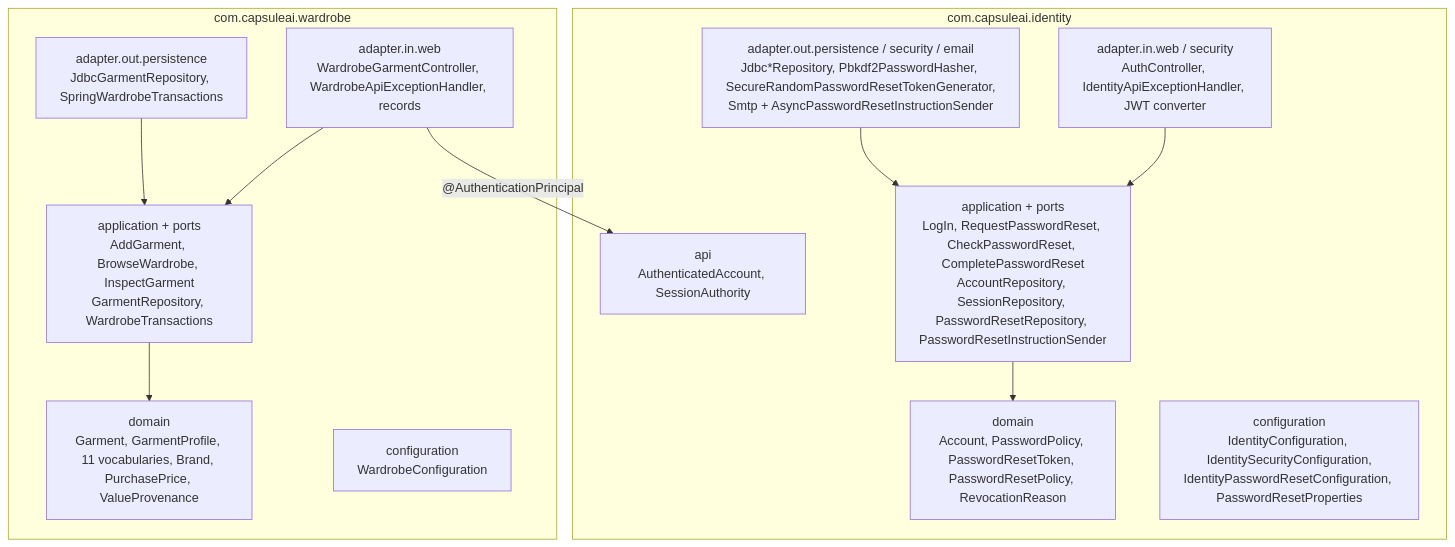
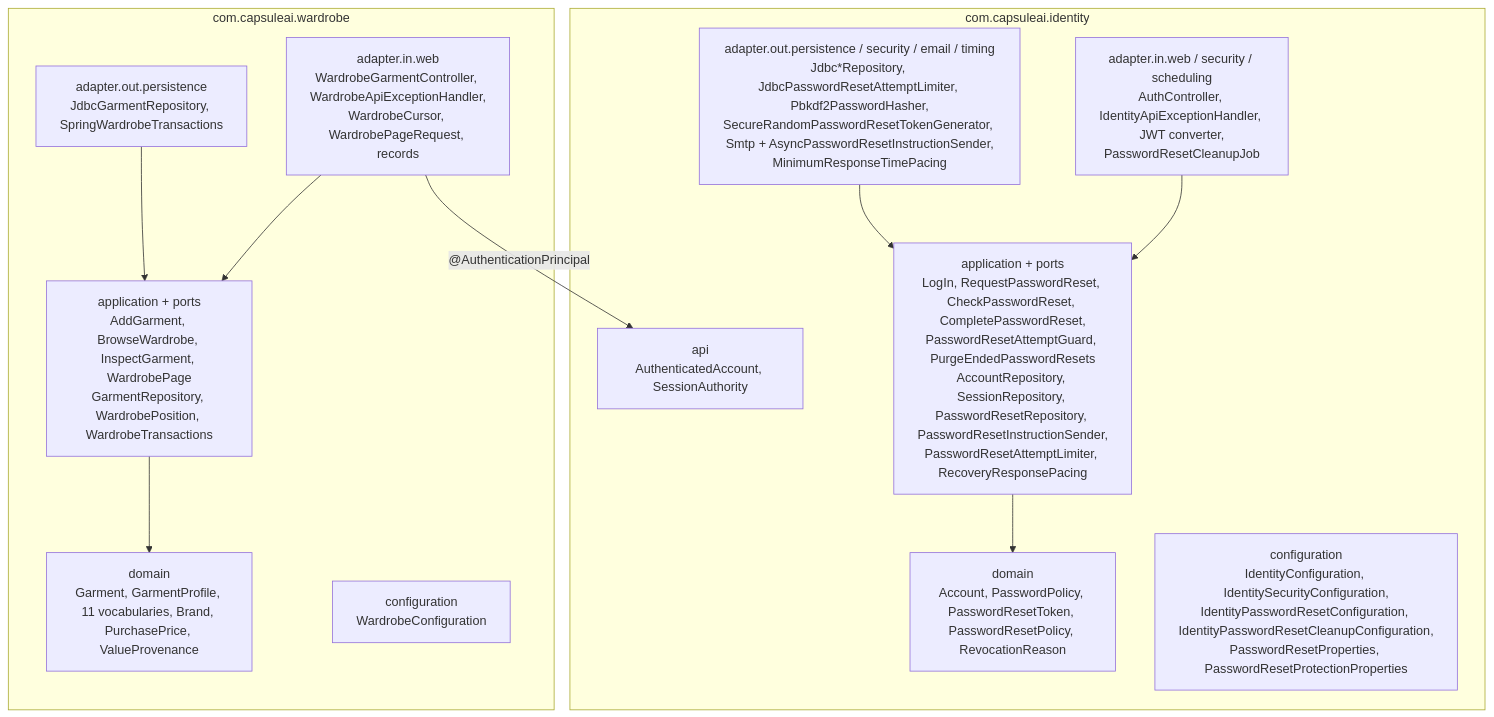
Before and after one commit to luubinhdeptrai/CapsuleAI: the second of 6 diagrams in docs/06-scrum/sprints/sprint-02/implementation-guides/shared-architecture.md, drawn with Mermaid. The commit also changed other lines of this file and 21 other files, not shown here.

````diff
--- a/docs/06-scrum/sprints/sprint-02/implementation-guides/shared-architecture.md
+++ b/docs/06-scrum/sprints/sprint-02/implementation-guides/shared-architecture.md
@@ -80,23 +80,23 @@
 ```mermaid
 flowchart TB
     subgraph identity [com.capsuleai.identity]
         iapi[api<br/>AuthenticatedAccount, SessionAuthority]
         idom[domain<br/>Account, PasswordPolicy, PasswordResetToken, PasswordResetPolicy, RevocationReason]
-        iapp[application + ports<br/>LogIn, RequestPasswordReset, CheckPasswordReset, CompletePasswordReset<br/>AccountRepository, SessionRepository, PasswordResetRepository, PasswordResetInstructionSender]
-        iin[adapter.in.web / security<br/>AuthController, IdentityApiExceptionHandler, JWT converter]
-        iout[adapter.out.persistence / security / email<br/>Jdbc*Repository, Pbkdf2PasswordHasher, SecureRandomPasswordResetTokenGenerator,<br/>Smtp + AsyncPasswordResetInstructionSender]
-        icfg[configuration<br/>IdentityConfiguration, IdentitySecurityConfiguration,<br/>IdentityPasswordResetConfiguration, PasswordResetProperties]
+        iapp[application + ports<br/>LogIn, RequestPasswordReset, CheckPasswordReset, CompletePasswordReset,<br/>PasswordResetAttemptGuard, PurgeEndedPasswordResets<br/>AccountRepository, SessionRepository, PasswordResetRepository, PasswordResetInstructionSender,<br/>PasswordResetAttemptLimiter, RecoveryResponsePacing]
+        iin[adapter.in.web / security / scheduling<br/>AuthController, IdentityApiExceptionHandler, JWT converter,<br/>PasswordResetCleanupJob]
+        iout[adapter.out.persistence / security / email / timing<br/>Jdbc*Repository, JdbcPasswordResetAttemptLimiter, Pbkdf2PasswordHasher,<br/>SecureRandomPasswordResetTokenGenerator, Smtp + AsyncPasswordResetInstructionSender,<br/>MinimumResponseTimePacing]
+        icfg[configuration<br/>IdentityConfiguration, IdentitySecurityConfiguration,<br/>IdentityPasswordResetConfiguration, IdentityPasswordResetCleanupConfiguration,<br/>PasswordResetProperties, PasswordResetProtectionProperties]
     end
     subgraph wardrobe [com.capsuleai.wardrobe]
         wdom[domain<br/>Garment, GarmentProfile, 11 vocabularies, Brand, PurchasePrice, ValueProvenance]
-        wapp[application + ports<br/>AddGarment, BrowseWardrobe, InspectGarment<br/>GarmentRepository, WardrobeTransactions]
-        win[adapter.in.web<br/>WardrobeGarmentController, WardrobeApiExceptionHandler, records]
+        wapp[application + ports<br/>AddGarment, BrowseWardrobe, InspectGarment, WardrobePage<br/>GarmentRepository, WardrobePosition, WardrobeTransactions]
+        win[adapter.in.web<br/>WardrobeGarmentController, WardrobeApiExceptionHandler,<br/>WardrobeCursor, WardrobePageRequest, records]
         wout[adapter.out.persistence<br/>JdbcGarmentRepository, SpringWardrobeTransactions]
         wcfg[configuration<br/>WardrobeConfiguration]
     end
     iin --> iapp --> idom
     iout --> iapp
     win --> wapp --> wdom
     wout --> wapp
     win -->|"@AuthenticationPrincipal"| iapi
 ```
````
